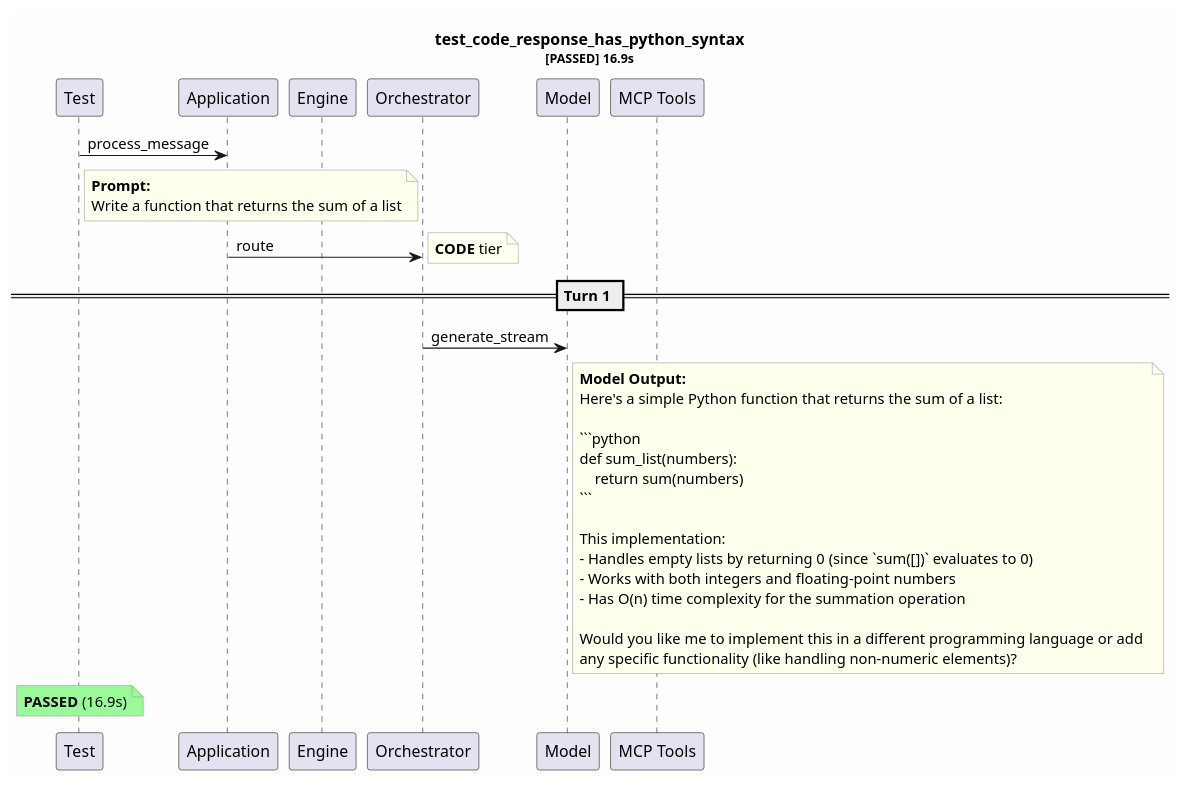
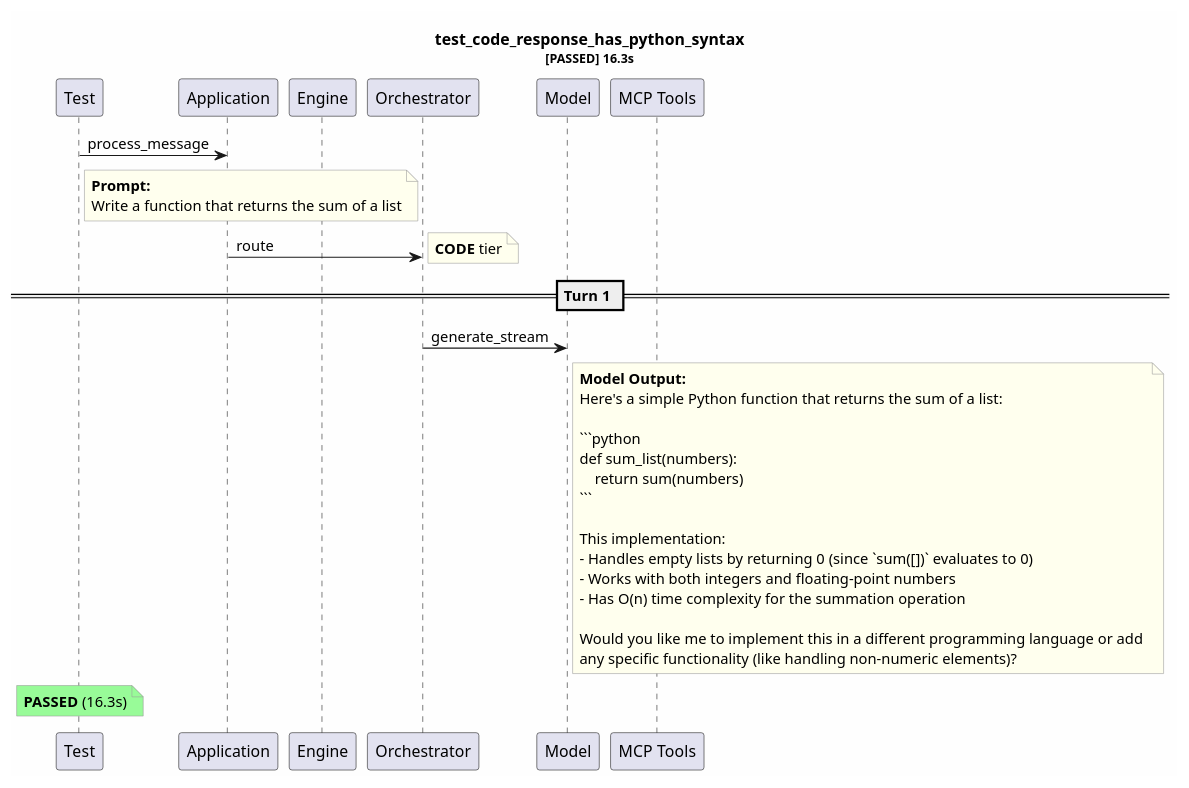
The diagram in test-reports/test_code_response_has_python_syntax.puml (tvanfossen/entropic), drawn with PlantUML before and after one commit. The commit also changed 50 other files, not shown here.

````diff
--- a/test-reports/test_code_response_has_python_syntax.puml
+++ b/test-reports/test_code_response_has_python_syntax.puml
@@ -1,44 +1,44 @@
 @startuml
 skinparam backgroundColor #FEFEFE
 skinparam noteBorderColor #999999
 skinparam noteBackgroundColor #FFFFEE
-title test_code_response_has_python_syntax\n<size:11>[PASSED] 16.9s</size>
+title test_code_response_has_python_syntax\n<size:11>[PASSED] 16.3s</size>
 
 participant "Test" as T
 participant "Application" as App
 participant "Engine" as Eng
 participant "Orchestrator" as Orch
 participant "Model" as Mdl
 participant "MCP Tools" as MCP
 
 T -> App: process_message
 note right of T
   **Prompt:**
   Write a function that returns the sum of a list
 end note
 App -> Orch: route
 note right: **CODE** tier
 == Turn 1 ==
 Orch -> Mdl: generate_stream
 note right of Mdl
   **Model Output:**
   Here's a simple Python function that returns the sum of a list:
   
   ```python
   def sum_list(numbers):
       return sum(numbers)
   ```
   
   This implementation:
   - Handles empty lists by returning 0 (since `sum([])` evaluates to 0)
   - Works with both integers and floating-point numbers
   - Has O(n) time complexity for the summation operation
   
   Would you like me to implement this in a different programming language or add 
   any specific functionality (like handling non-numeric elements)?
 end note
 note over T #palegreen
-  **PASSED** (16.9s)
+  **PASSED** (16.3s)
 end note
 
 @enduml
````
